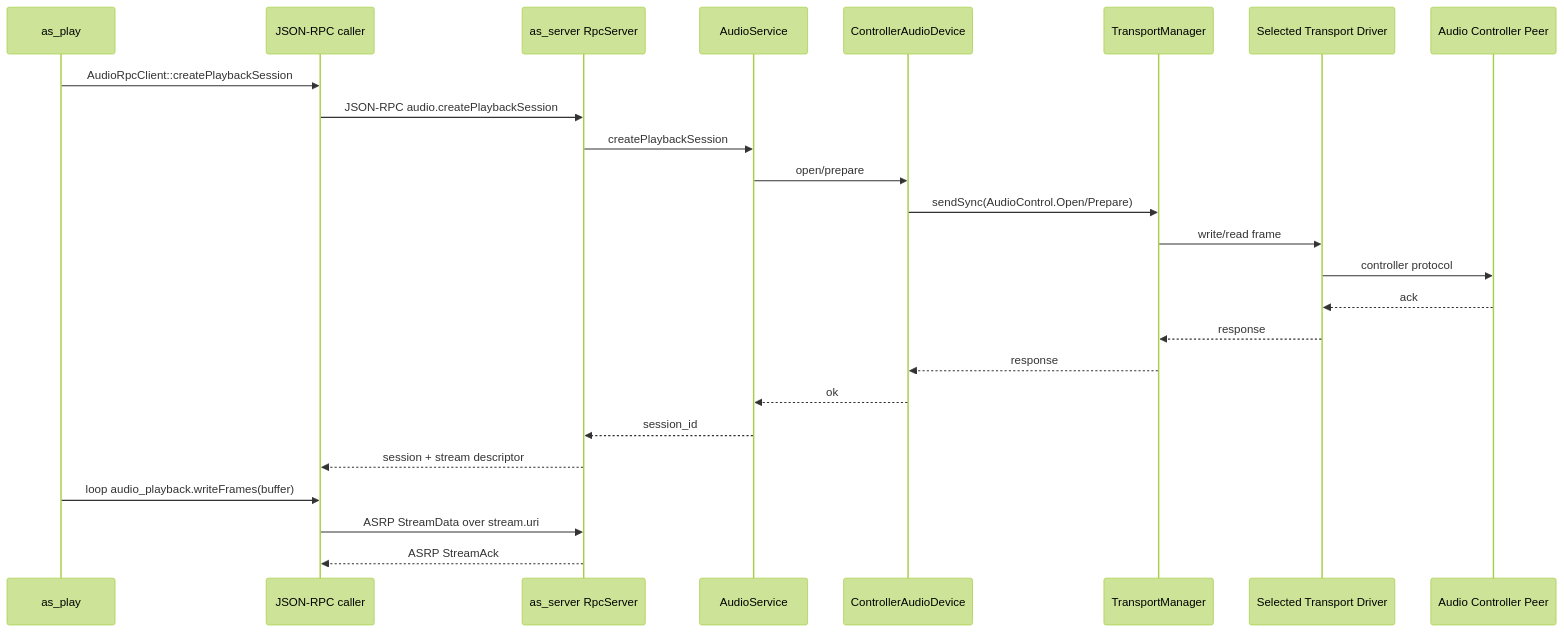
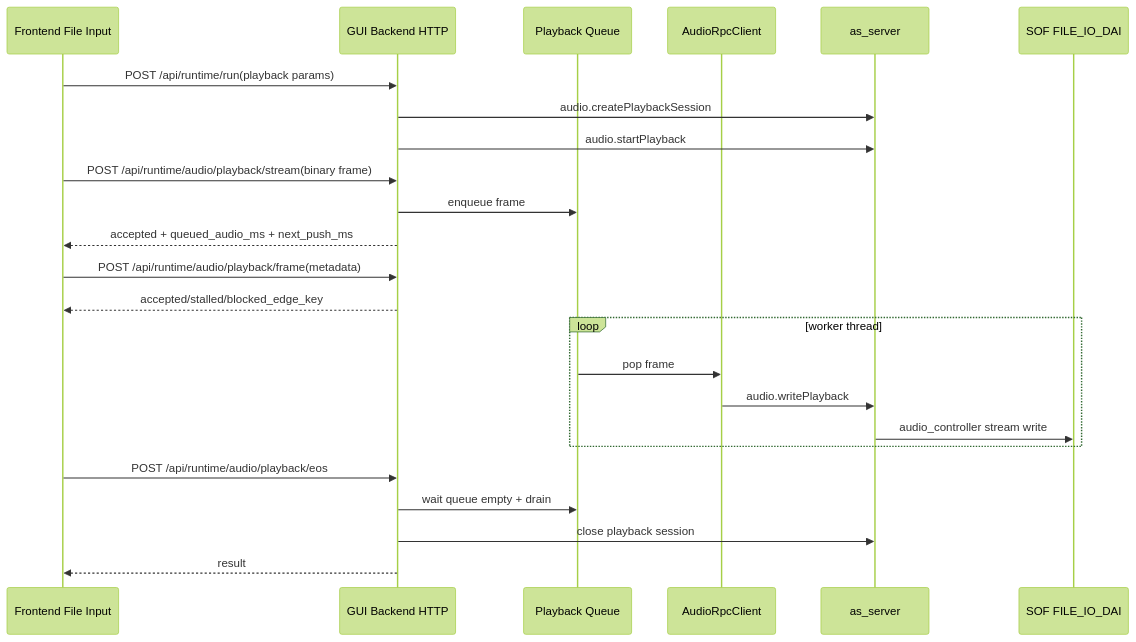
Before and after one commit to handsomeleeshu/Audio-Studio: the third of 7 diagrams in docs/audio_studio_framework_design.md, drawn with Mermaid (forest theme). The commit also changed other lines of this file and 34 other files, not shown here.

Commit message:
Integrate GUI simulator runtime flow

````diff
--- a/docs/audio_studio_framework_design.md
+++ b/docs/audio_studio_framework_design.md
@@ -2507,28 +313,27 @@
 ```mermaid
 sequenceDiagram
-  participant CLI as as_play
-  participant RPC as JSON-RPC caller
-  participant Server as as_server RpcServer
-  participant Service as AudioService
-  participant Dev as ControllerAudioDevice
-  participant TM as TransportManager
-  participant TDrv as Selected Transport Driver
-  participant AC as Audio Controller Peer
+    participant UI as Frontend File Input
+    participant HTTP as GUI Backend HTTP
+    participant Q as Playback Queue
+    participant RPC as AudioRpcClient
+    participant AS as as_server
+    participant SOF as SOF FILE_IO_DAI
 
-  CLI->>RPC: AudioRpcClient::createPlaybackSession
-  RPC->>Server: JSON-RPC audio.createPlaybackSession
-  Server->>Service: createPlaybackSession
-  Service->>Dev: open/prepare
-  Dev->>TM: sendSync(AudioControl.Open/Prepare)
-  TM->>TDrv: write/read frame
-  TDrv->>AC: controller protocol
-  AC-->>TDrv: ack
-  TDrv-->>TM: response
-  TM-->>Dev: response
-  Dev-->>Service: ok
-  Service-->>Server: session_id
-  Server-->>RPC: session + stream descriptor
-  CLI->>RPC: loop audio_playback.writeFrames(buffer)
-  RPC->>Server: ASRP StreamData over stream.uri
-  Server-->>RPC: ASRP StreamAck
+    UI->>HTTP: POST /api/runtime/run(playback params)
+    HTTP->>AS: audio.createPlaybackSession
+    HTTP->>AS: audio.startPlayback
+    UI->>HTTP: POST /api/runtime/audio/playback/stream(binary frame)
+    HTTP->>Q: enqueue frame
+    HTTP-->>UI: accepted + queued_audio_ms + next_push_ms
+    UI->>HTTP: POST /api/runtime/audio/playback/frame(metadata)
+    HTTP-->>UI: accepted/stalled/blocked_edge_key
+    loop worker thread
+        Q->>RPC: pop frame
+        RPC->>AS: audio.writePlayback
+        AS->>SOF: audio_controller stream write
+    end
+    UI->>HTTP: POST /api/runtime/audio/playback/eos
+    HTTP->>Q: wait queue empty + drain
+    HTTP->>AS: close playback session
+    HTTP-->>UI: result
 ```
````
